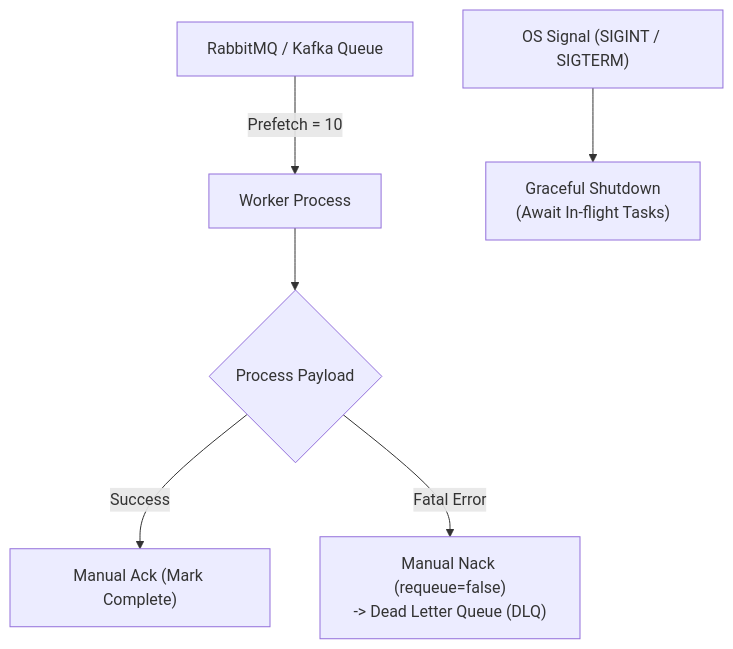
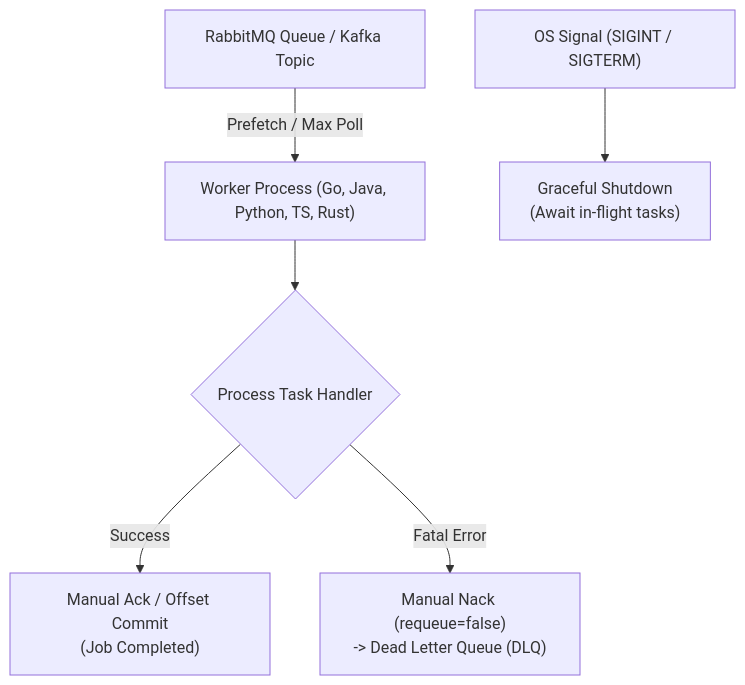
Before and after one commit to exa-dev-templates/create-stack: the diagram in docs/src/content/docs/en/workers/overview.md, drawn with Mermaid. The commit also changed other lines of this file and 21 other files, not shown here.

Commit message:
docs: expand detailed guides for realtime sse, ws, distributed bridge, rabbitmq, and kafka across all backend and worker stacks

````diff
--- a/docs/src/content/docs/en/workers/overview.md
+++ b/docs/src/content/docs/en/workers/overview.md
@@ -14,8 +16,8 @@
 ```mermaid
 flowchart TD
-    Queue["RabbitMQ / Kafka Queue"] -->|Prefetch = 10| Worker["Worker Process"]
-    Worker --> Process{"Process Payload"}
-    Process -->|Success| Ack["Manual Ack (Mark Complete)"]
+    Queue["RabbitMQ Queue / Kafka Topic"] -->|Prefetch / Max Poll| Worker["Worker Process (Go, Java, Python, TS, Rust)"]
+    Worker --> Process{"Process Task Handler"}
+    Process -->|Success| Ack["Manual Ack / Offset Commit\n(Job Completed)"]
     Process -->|Fatal Error| Nack["Manual Nack (requeue=false)\n-> Dead Letter Queue (DLQ)"]
-    Signal["OS Signal (SIGINT / SIGTERM)"] --> Shutdown["Graceful Shutdown\n(Await In-flight Tasks)"]
+    Signal["OS Signal (SIGINT / SIGTERM)"] --> Shutdown["Graceful Shutdown\n(Await in-flight tasks)"]
 ```
````
